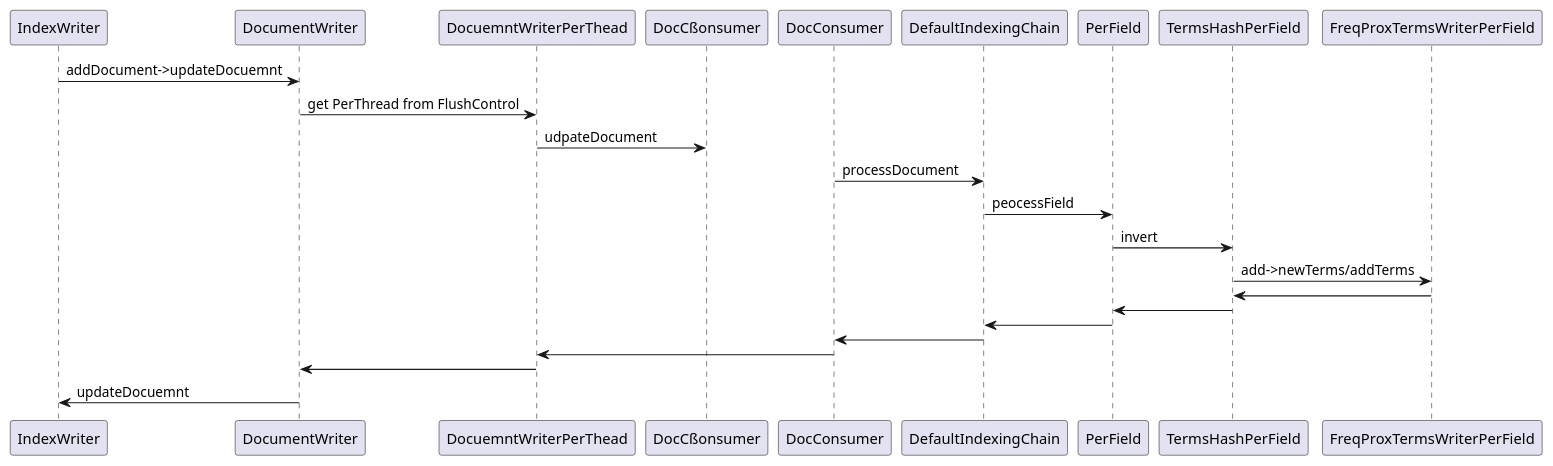
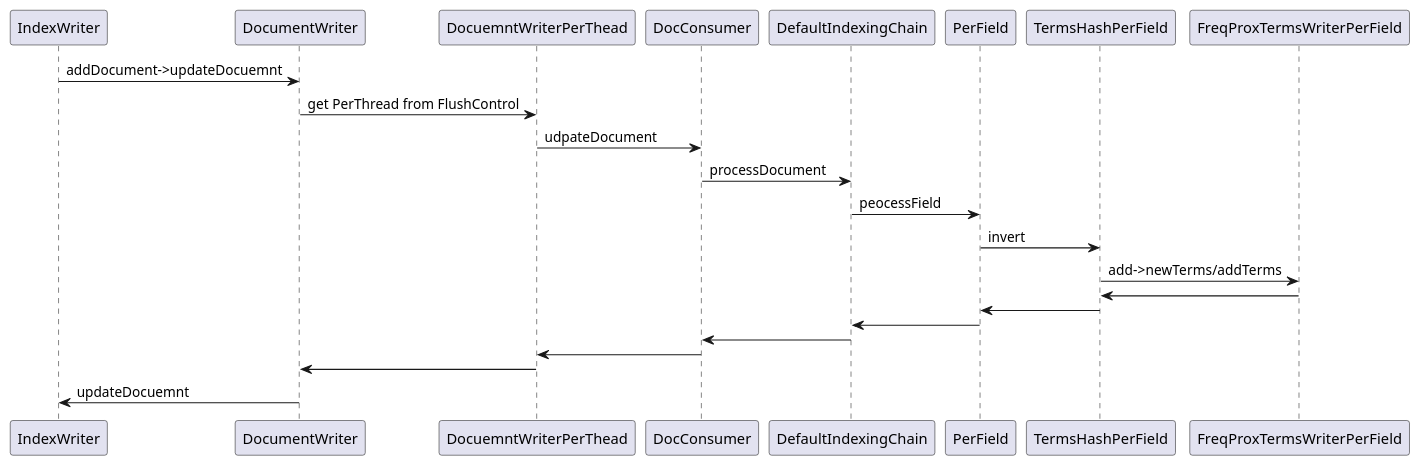
Before and after one commit to m9zjl/note: the diagram in java/lucene/indexing/lucene index.puml, drawn with PlantUML. The commit also changed 6 other files, not shown here.

```diff
--- a/java/lucene/indexing/lucene index.puml
+++ b/java/lucene/indexing/lucene index.puml
@@ -1,16 +1,16 @@
 @@@@startuml lucene indexing
 IndexWriter->DocumentWriter: addDocument->updateDocuemnt
 DocumentWriter->DocuemntWriterPerThead: get PerThread from FlushControl
-DocuemntWriterPerThead->DocCßonsumer: udpateDocument
+DocuemntWriterPerThead->DocConsumer: udpateDocument
 DocConsumer->DefaultIndexingChain:processDocument
 DefaultIndexingChain->PerField:peocessField
 PerField->TermsHashPerField:invert
 TermsHashPerField->FreqProxTermsWriterPerField:add->newTerms/addTerms
 FreqProxTermsWriterPerField->TermsHashPerField
 TermsHashPerField->PerField
 PerField->DefaultIndexingChain
 DefaultIndexingChain->DocConsumer
 DocConsumer->DocuemntWriterPerThead
 DocuemntWriterPerThead->DocumentWriter
 DocumentWriter->IndexWriter:updateDocuemnt
 @@@@enduml
```
